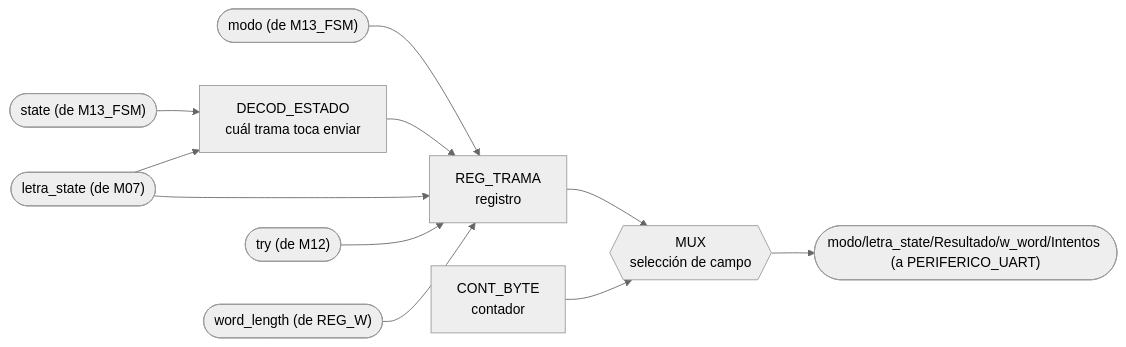
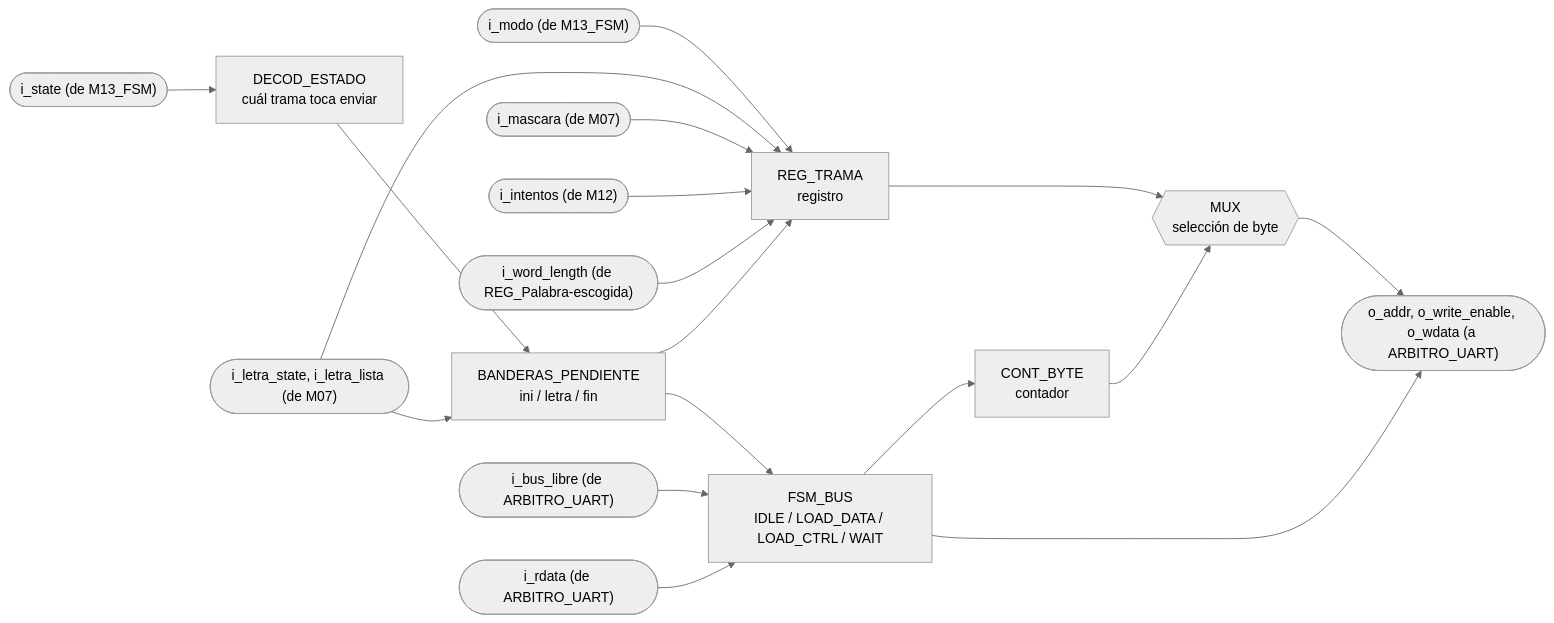
Before and after one commit to Taller-de-diseno-digital-GR01/Proyecto-2-Ahorcado: diagram 12 of 14 in docs/diseño/diagramas/nivel03.md, drawn with Mermaid (neutral theme). The commit also changed other lines of this file, not shown here.

Commit message:
arbitro dibujado en el nivel 3

````diff
--- a/docs/diseño/diagramas/nivel03.md
+++ b/docs/diseño/diagramas/nivel03.md
@@ -516,13 +538,20 @@
 ```mermaid
 flowchart LR
-    IN_MODO(["modo (de M13_FSM)"]) --> REG_FRAME["REG_TRAMA<br/>registro"]
-    IN_STATE(["state (de M13_FSM)"]) --> DEC_ST["DECOD_ESTADO<br/>cuál trama toca enviar"]
-    DEC_ST --> REG_FRAME
-    IN_LST(["letra_state (de M07)"]) --> REG_FRAME
-    IN_LST --> DEC_ST
-    IN_TRY(["try (de M12)"]) --> REG_FRAME
-    IN_LEN(["word_length (de REG_W)"]) --> REG_FRAME
-    REG_FRAME --> MUX1{{"MUX<br/>selección de campo"}}
+    IN_STATE(["i_state (de M13_FSM)"]) --> DEC_ST["DECOD_ESTADO<br/>cuál trama toca enviar"]
+    IN_MODO(["i_modo (de M13_FSM)"]) --> REG_FRAME["REG_TRAMA<br/>registro"]
+    DEC_ST --> PEND["BANDERAS_PENDIENTE<br/>ini / letra / fin"]
+    IN_LST(["i_letra_state, i_letra_lista (de M07)"]) --> PEND
+    IN_LST --> REG_FRAME
+    IN_MASK(["i_mascara (de M07)"]) --> REG_FRAME
+    IN_TRY(["i_intentos (de M12)"]) --> REG_FRAME
+    IN_LEN(["i_word_length (de REG_Palabra-escogida)"]) --> REG_FRAME
+    PEND --> FSM["FSM_BUS<br/>IDLE / LOAD_DATA / LOAD_CTRL / WAIT"]
+    IN_LIBRE(["i_bus_libre (de ARBITRO_UART)"]) --> FSM
+    IN_RD(["i_rdata (de ARBITRO_UART)"]) --> FSM
+    PEND --> REG_FRAME
+    REG_FRAME --> MUX1{{"MUX<br/>selección de byte"}}
     CNT_BYTE["CONT_BYTE<br/>contador"] --> MUX1
-    MUX1 --> OUT_UART(["modo/letra_state/Resultado/w_word/Intentos (a PERIFERICO_UART)"])
+    FSM --> CNT_BYTE
+    MUX1 --> OUT_BUS(["o_addr, o_write_enable, o_wdata (a ARBITRO_UART)"])
+    FSM --> OUT_BUS
 ```
````
